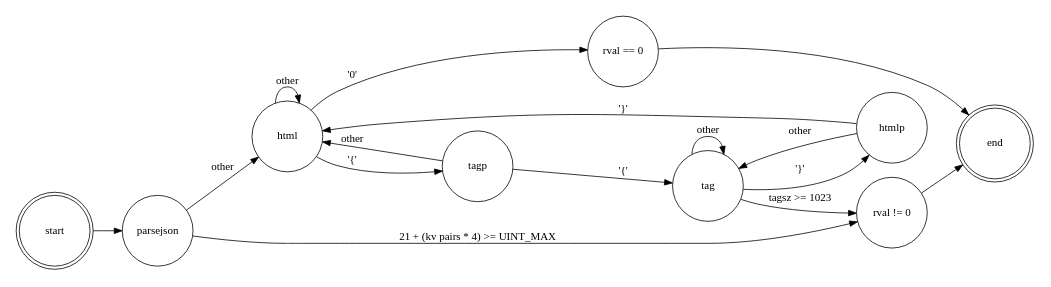
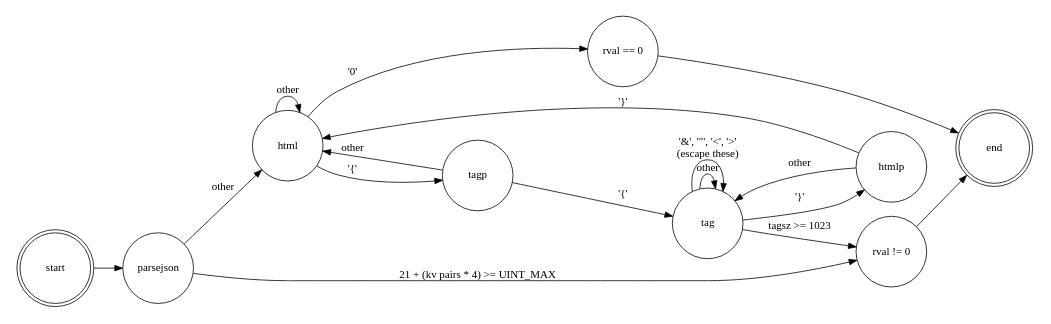
Before and after one commit to mbucc/cmustache: the diagram in doc/state.dot, drawn with Graphviz. The commit also changed 7 other files, not shown here.

```diff
--- a/doc/state.dot
+++ b/doc/state.dot
@@ -1,29 +1,31 @@
 digraph State {
 	rankdir=LR;
 	size="8,5"
 	node [shape = doublecircle,width=1.25,fixedsize=true]; start, end;
 	node [shape = circle,width=1.25,fixedsize=true];
 
 	start		-> parsejson;
 
 	parsejson	-> html		[label = "other" ];
 	parsejson	-> "rval != 0"	[label = "21 + (kv pairs * 4) >= UINT_MAX" ];
 
 	html		-> tagp		[ label = "'{'" ];
 	html		-> html			[ label = "other" ];
 	html		-> "rval == 0"		[ label = "'\0'" ];
 
 	tagp		-> tag			[ label = "'{'" ];
 	tagp		-> html			[label = "other" ];
 
 	htmlp		-> html			[ label = "'}'" ];
 	htmlp		-> tag			[label = "other" ];
 
 	tag		-> htmlp		[ label = "'}'" ];
 	tag		-> "rval != 0"		[ label = "tagsz >= 1023" ];
 	tag		-> tag			[ label = "other" ];
+	tag		-> tag			[ label = "'&', '\"', '<', '>'\n(escape these)" ];
+
 
 	"rval == 0"	-> end;
 	"rval != 0"	-> end;
 
 }
```
